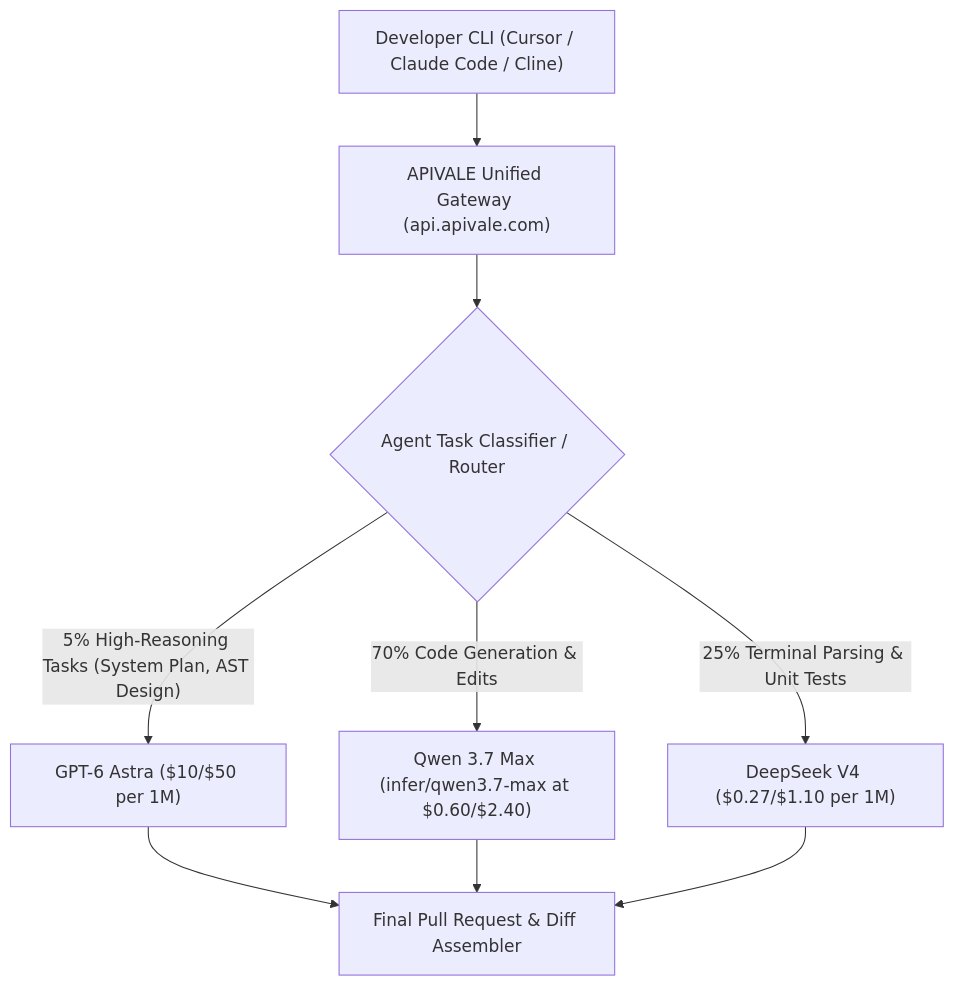
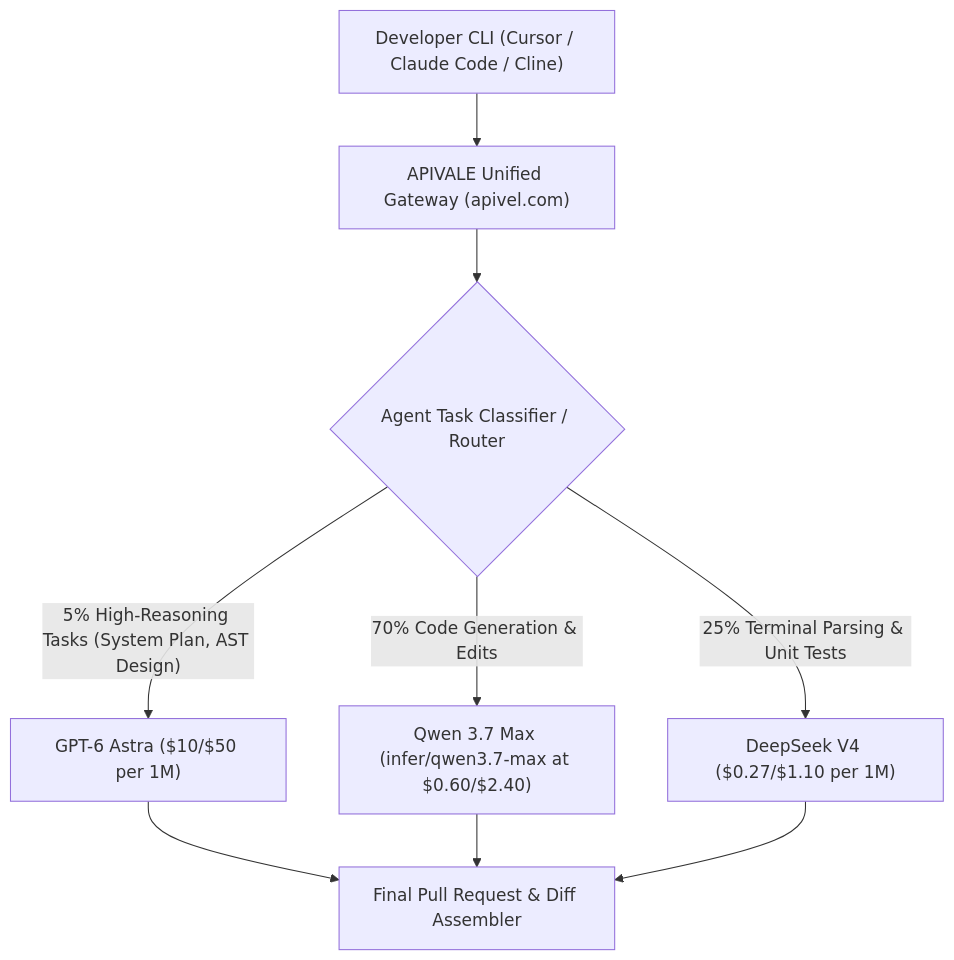
Before and after one commit to bshx2024/apivel_blog: the diagram in src/content/blog/gpt-6-astra-api-pricing-guide.md, drawn with Mermaid. The commit also changed other lines of this file and 77 other files, not shown here.

Commit message:
fix(docs): update all model API base URLs to https://apivel.com/v1

````diff
--- a/src/content/blog/gpt-6-astra-api-pricing-guide.md
+++ b/src/content/blog/gpt-6-astra-api-pricing-guide.md
@@ -117,11 +117,11 @@
 ```mermaid
 graph TD
-    Client["Developer CLI (Cursor / Claude Code / Cline)"] --> Gateway["APIVALE Unified Gateway (api.apivale.com)"]
+    Client["Developer CLI (Cursor / Claude Code / Cline)"] --> Gateway["APIVALE Unified Gateway (apivel.com)"]
     Gateway --> Router{"Agent Task Classifier / Router"}
     Router -- "5% High-Reasoning Tasks (System Plan, AST Design)" --> Astra["GPT-6 Astra ($10/$50 per 1M)"]
     Router -- "70% Code Generation & Edits" --> Qwen["Qwen 3.7 Max (infer/qwen3.7-max at $0.60/$2.40)"]
     Router -- "25% Terminal Parsing & Unit Tests" --> DeepSeek["DeepSeek V4 ($0.27/$1.10 per 1M)"]
     Astra --> Aggregator["Final Pull Request & Diff Assembler"]
     Qwen --> Aggregator
     DeepSeek --> Aggregator
 ```
````
